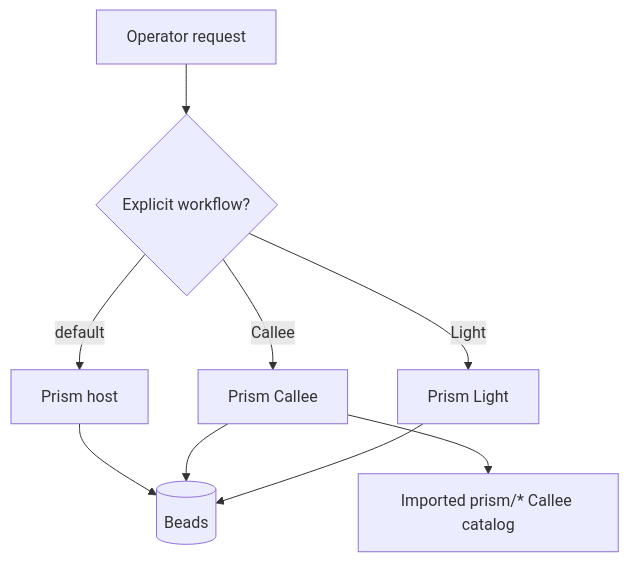
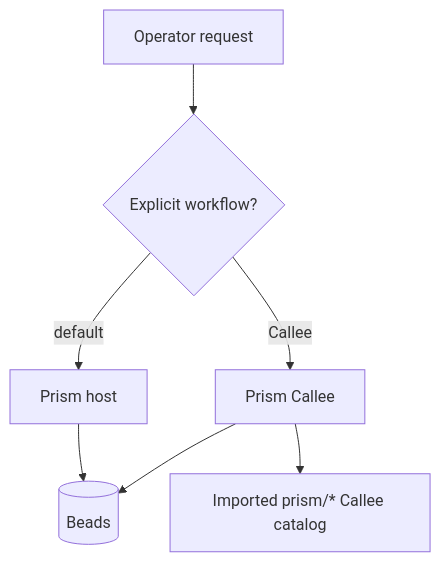
One commit to baldaworks/prism changed the first of 5 diagrams in docs/architecture-spec.md. Above: the diagram before and after it, drawn with Mermaid. The commit also changed other lines of this file and 43 other files, not shown here.

First line of the commit message:
feat(prism)!: remove Prism Light workflow

````diff
--- a/docs/architecture-spec.md
+++ b/docs/architecture-spec.md
@@ -31,11 +30,9 @@
 ```mermaid
 flowchart TB
     U["Operator request"] --> P{"Explicit workflow?"}
     P -->|default| H["Prism host"]
     P -->|Callee| C["Prism Callee"]
-    P -->|Light| L["Prism Light"]
     H --> B[("Beads")]
     C --> B
-    L --> B
     C --> A["Imported prism/* Callee catalog"]
 ```
````
